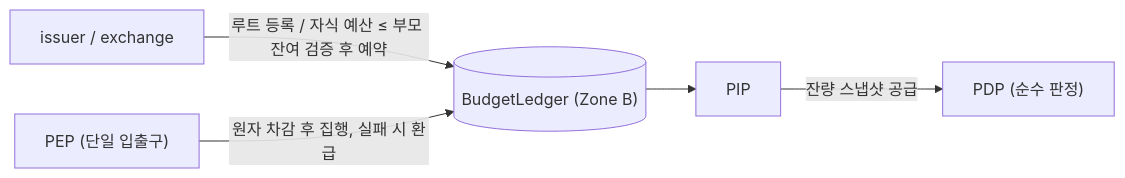
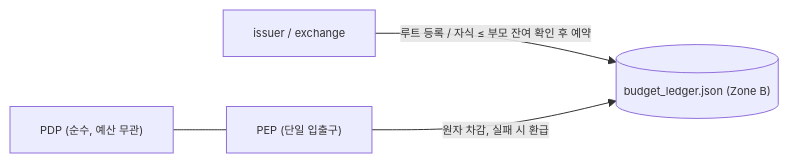
Before and after one commit to RadiantCitron/authz-harness: the diagram in docs/로드맵/12-예산-축소-위임/ROADMAP.md, drawn with Mermaid. The commit also changed other lines of this file and 7 other files, not shown here.

First line of the commit message:
docs(roadmap-12): 021 보고서 — 구조 결함 B-1~B-16 검증 및 010~060 교정

````diff
--- a/docs/로드맵/12-예산-축소-위임/ROADMAP.md
+++ b/docs/로드맵/12-예산-축소-위임/ROADMAP.md
@@ -17,7 +17,7 @@
 ```mermaid
+%%{init: {'themeVariables': {'fontSize': '11px'}}}%%
 flowchart LR
-  E["issuer / exchange"] -->|"루트 등록 / 자식 예산 ≤ 부모 잔여 검증 후 예약"| L[("BudgetLedger (Zone B)")]
-  I["PIP"] -->|"잔량 스냅샷 공급"| D["PDP (순수 판정)"]
-  L --> I
-  P["PEP (단일 입출구)"] -->|"원자 차감 후 집행, 실패 시 환급"| L
+  E["issuer / exchange"] -->|"루트 등록 / 자식 ≤ 부모 잔여 확인 후 예약"| L[("budget_ledger.json (Zone B)")]
+  P["PEP (단일 입출구)"] -->|"원자 차감, 실패 시 환급"| L
+  D["PDP (순수, 예산 무관)"] --- P
 ```
````
